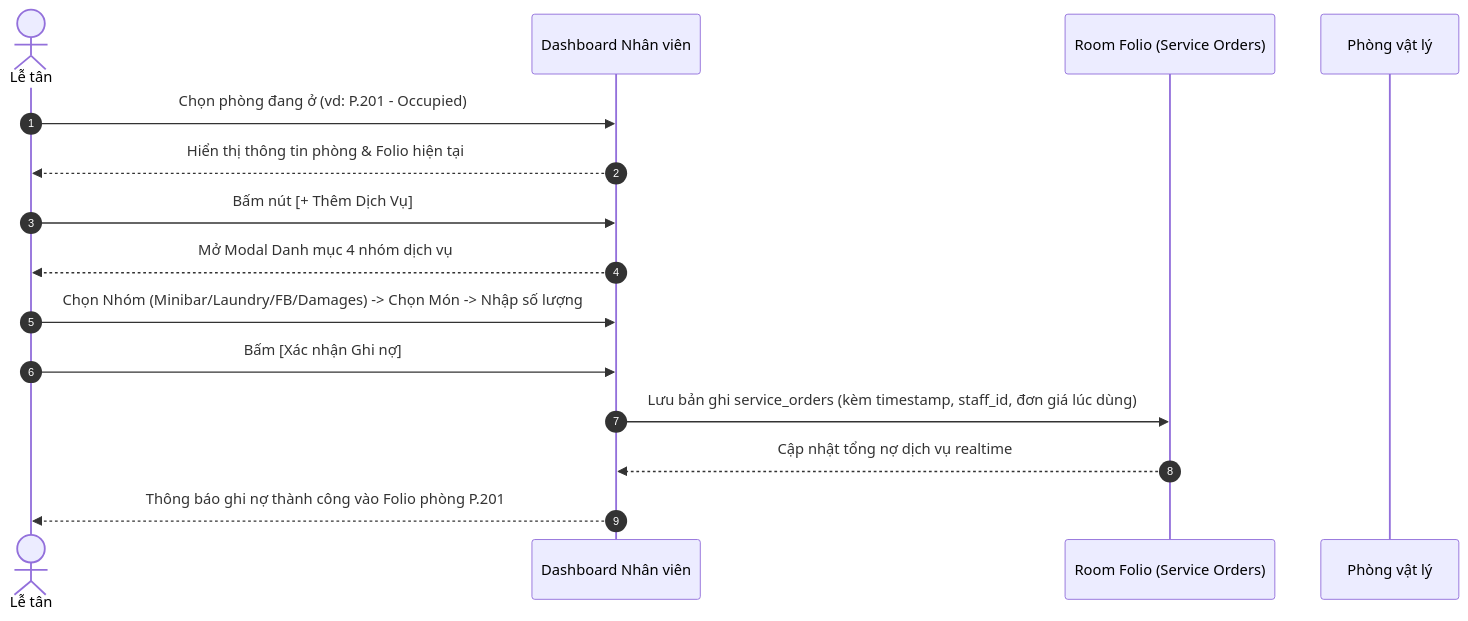
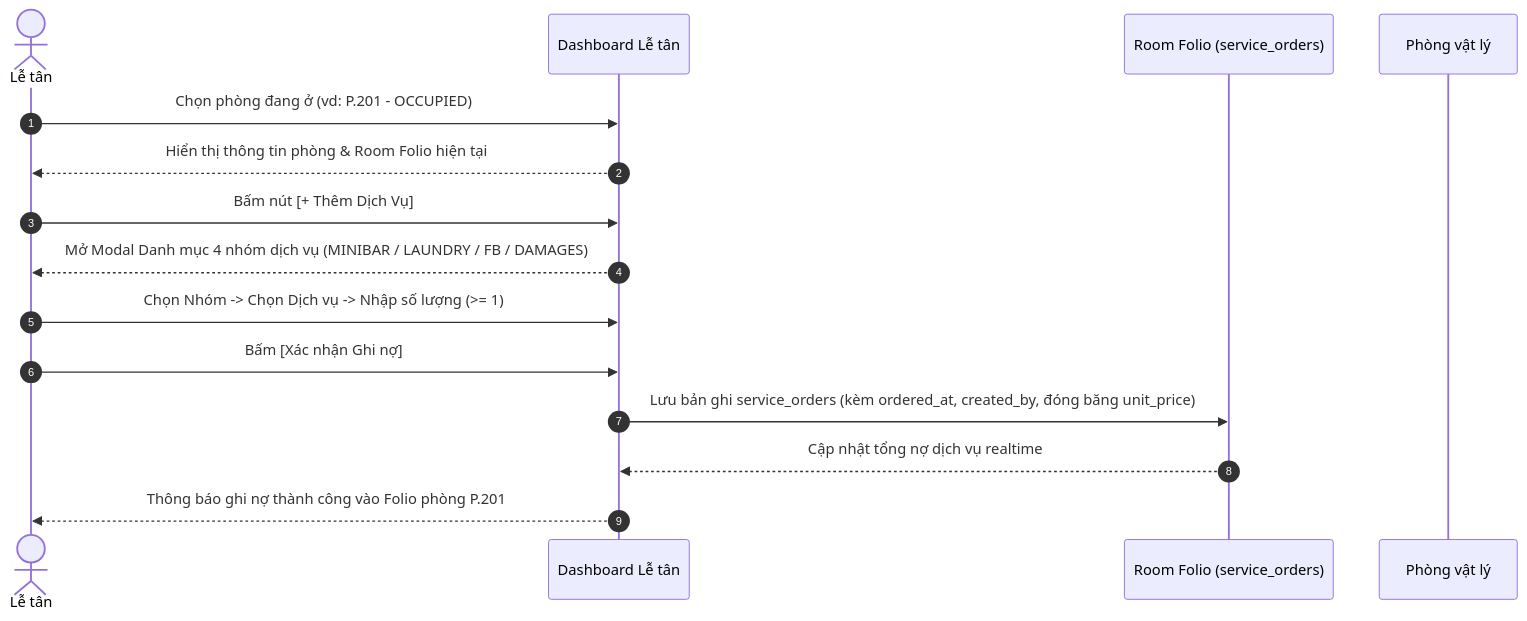
The first of 2 diagrams in docs/quy-trinh-nghiep-vu-moi.md (dangkhoa040706-design/ACE), drawn with Mermaid before and after one commit. The commit also changed other lines of this file and 56 other files, not shown here.

````diff
--- a/docs/quy-trinh-nghiep-vu-moi.md
+++ b/docs/quy-trinh-nghiep-vu-moi.md
@@ -365,18 +350,18 @@
 ```mermaid
 sequenceDiagram
     autonumber
     actor Staff as Lễ tân
-    participant UI as Dashboard Nhân viên
-    participant Folio as Room Folio (Service Orders)
+    participant UI as Dashboard Lễ tân
+    participant Folio as Room Folio (service_orders)
     participant Room as Phòng vật lý
 
-    Staff->>UI: Chọn phòng đang ở (vd: P.201 - Occupied)
-    UI-->>Staff: Hiển thị thông tin phòng & Folio hiện tại
+    Staff->>UI: Chọn phòng đang ở (vd: P.201 - OCCUPIED)
+    UI-->>Staff: Hiển thị thông tin phòng & Room Folio hiện tại
     Staff->>UI: Bấm nút [+ Thêm Dịch Vụ]
-    UI-->>Staff: Mở Modal Danh mục 4 nhóm dịch vụ
-    Staff->>UI: Chọn Nhóm (Minibar/Laundry/FB/Damages) -> Chọn Món -> Nhập số lượng
+    UI-->>Staff: Mở Modal Danh mục 4 nhóm dịch vụ (MINIBAR / LAUNDRY / FB / DAMAGES)
+    Staff->>UI: Chọn Nhóm -> Chọn Dịch vụ -> Nhập số lượng (>= 1)
     Staff->>UI: Bấm [Xác nhận Ghi nợ]
-    UI->>Folio: Lưu bản ghi service_orders (kèm timestamp, staff_id, đơn giá lúc dùng)
+    UI->>Folio: Lưu bản ghi service_orders (kèm ordered_at, created_by, đóng băng unit_price)
     Folio-->>UI: Cập nhật tổng nợ dịch vụ realtime
     UI-->>Staff: Thông báo ghi nợ thành công vào Folio phòng P.201
 ```
````
